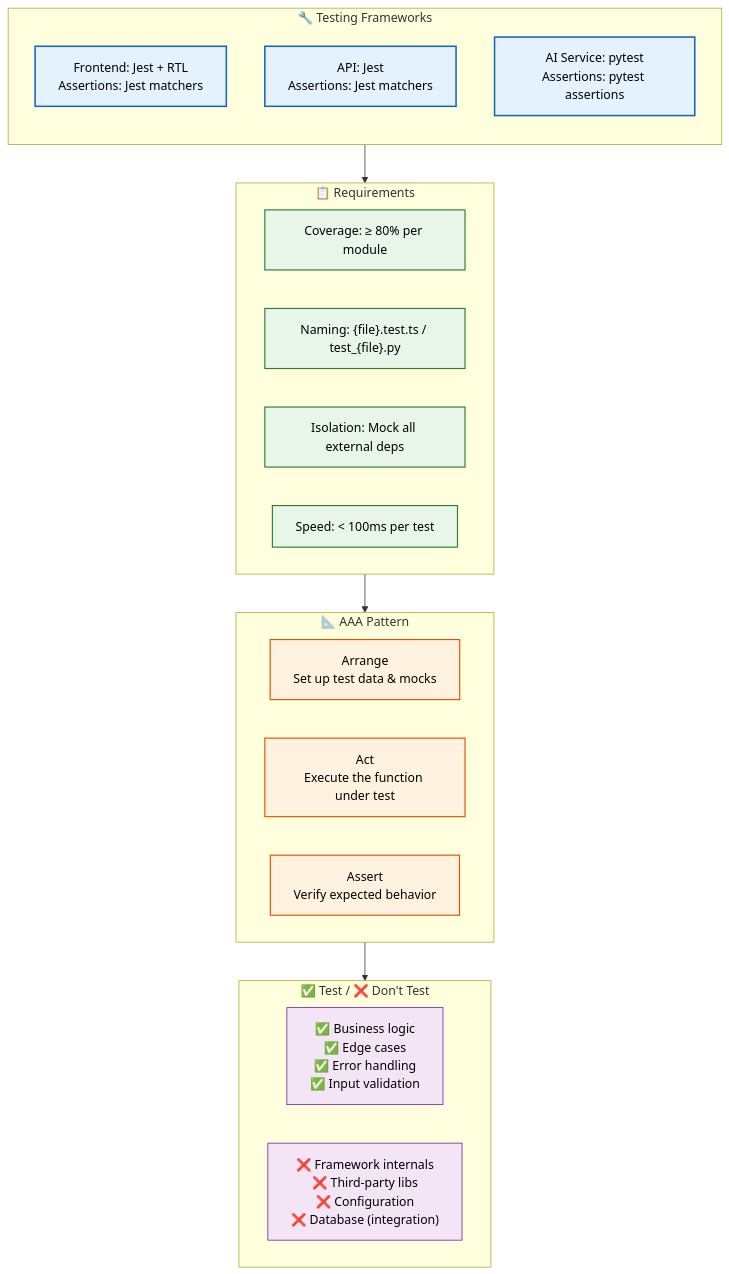
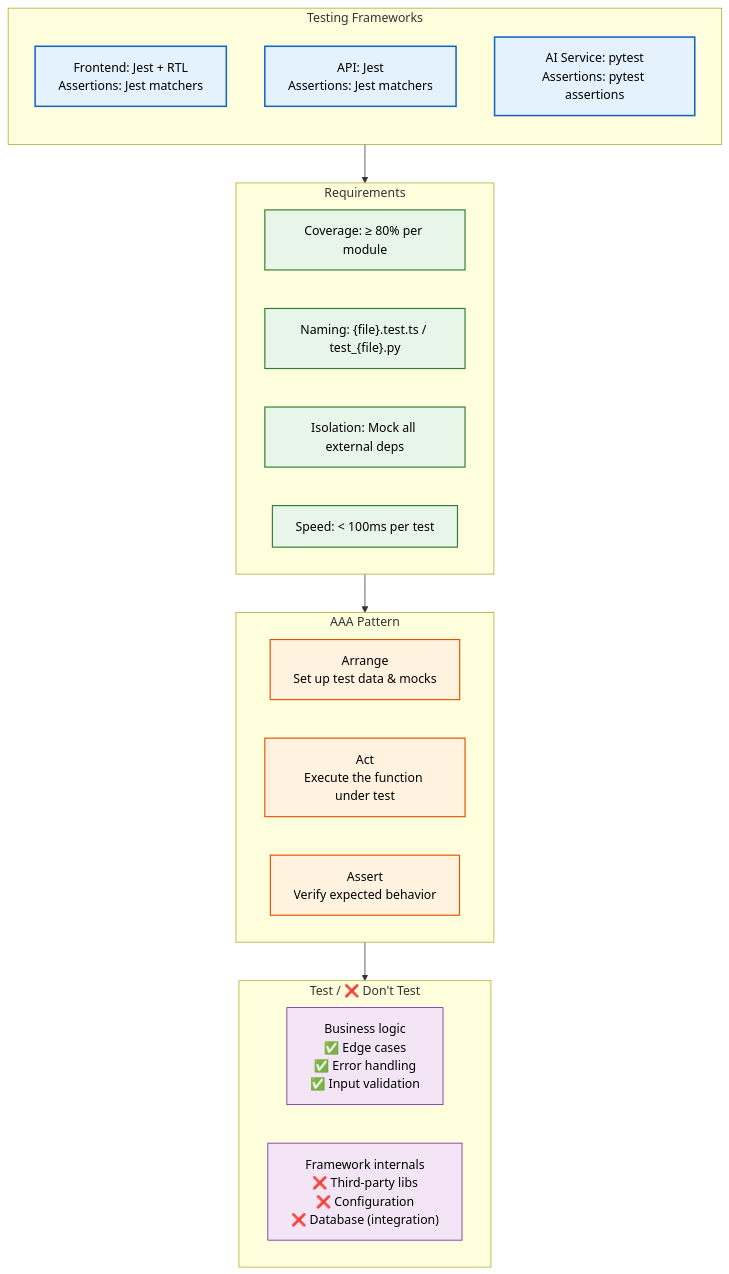
The diagram in docs/testing/Unit-Testing.md (Driftloom/Vaeloom), drawn with Mermaid before and after one commit. The commit also changed other lines of this file and 694 other files, not shown here.

First line of the commit message:
docs: mermaid standardization — encoding/mermaid/duplicate cleanup

````diff
--- a/docs/testing/Unit-Testing.md
+++ b/docs/testing/Unit-Testing.md
@@ -7,39 +7,39 @@
 ```mermaid
 graph TD
-    classDef framework fill:#e3f2fd,stroke:#1565c0,color:#000,stroke-width:2px
-    classDef rule fill:#e8f5e9,stroke:#2e7d32,color:#000,stroke-width:1.5px
-    classDef pattern fill:#fff3e0,stroke:#e65100,color:#000,stroke-width:1.5px
-    classDef scope fill:#f3e5f5,stroke:#6a1b9a,color:#000,stroke-width:1px
+ classDef framework fill:#e3f2fd,stroke:#1565c0,color:#000,stroke-width:2px
+ classDef rule fill:#e8f5e9,stroke:#2e7d32,color:#000,stroke-width:1.5px
+ classDef pattern fill:#fff3e0,stroke:#e65100,color:#000,stroke-width:1.5px
+ classDef scope fill:#f3e5f5,stroke:#6a1b9a,color:#000,stroke-width:1px
 
-    subgraph Frameworks["🔧 Testing Frameworks"]
-        direction TB
-        F1["Frontend: Jest + RTL<br/>Assertions: Jest matchers"]
-        F2["API: Jest<br/>Assertions: Jest matchers"]
-        F3["AI Service: pytest<br/>Assertions: pytest assertions"]
-    end
+ subgraph Frameworks["Testing Frameworks"]
+ direction TB
+ F1["Frontend: Jest + RTL<br/>Assertions: Jest matchers"]
+ F2["API: Jest<br/>Assertions: Jest matchers"]
+ F3["AI Service: pytest<br/>Assertions: pytest assertions"]
+ end
 
-    subgraph Requirements["📋 Requirements"]
-        R1["Coverage: ≥ 80% per module"]
-        R2["Naming: {file}.test.ts / test_{file}.py"]
-        R3["Isolation: Mock all external deps"]
-        R4["Speed: < 100ms per test"]
-    end
+ subgraph Requirements["Requirements"]
+ R1["Coverage: ≥ 80% per module"]
+ R2["Naming: {file}.test.ts / test_{file}.py"]
+ R3["Isolation: Mock all external deps"]
+ R4["Speed: < 100ms per test"]
+ end
 
-    subgraph Pattern["📐 AAA Pattern"]
-        P1["Arrange<br/>Set up test data & mocks"]
-        P2["Act<br/>Execute the function under test"]
-        P3["Assert<br/>Verify expected behavior"]
-    end
+ subgraph Pattern["AAA Pattern"]
+ P1["Arrange<br/>Set up test data & mocks"]
+ P2["Act<br/>Execute the function under test"]
+ P3["Assert<br/>Verify expected behavior"]
+ end
 
-    subgraph Scope["✅ Test / ❌ Don't Test"]
-        S1["✅ Business logic<br/>✅ Edge cases<br/>✅ Error handling<br/>✅ Input validation"]
-        S2["❌ Framework internals<br/>❌ Third-party libs<br/>❌ Configuration<br/>❌ Database (integration)"]
-    end
+ subgraph Scope["Test / ❌ Don't Test"]
+ S1["Business logic<br/>✅ Edge cases<br/>✅ Error handling<br/>✅ Input validation"]
+ S2["Framework internals<br/>❌ Third-party libs<br/>❌ Configuration<br/>❌ Database (integration)"]
+ end
 
-    Frameworks --> Requirements --> Pattern --> Scope
+ Frameworks--> Requirements--> Pattern--> Scope
 
-    class F1,F2,F3 framework
-    class R1,R2,R3,R4 rule
-    class P1,P2,P3 pattern
-    class S1,S2 scope
+ class F1,F2,F3 framework
+ class R1,R2,R3,R4 rule
+ class P1,P2,P3 pattern
+ class S1,S2 scope
 ```
````
